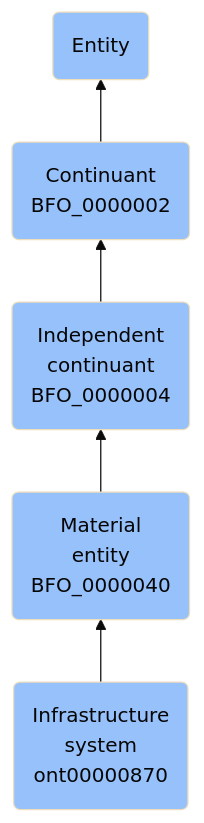
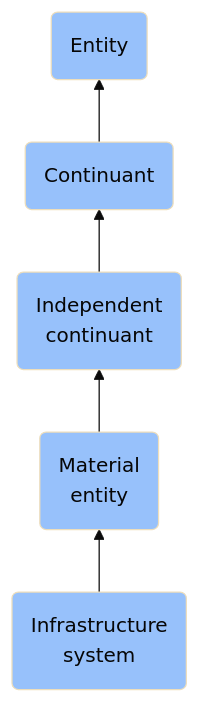
Before and after one commit to jupyter-naas/abi: the diagram in docs/ontology/reference/model/Entity/Continuant/Independent continuant/Material entity/Infrastructure system/Infrastructure system.md, drawn with Mermaid (base theme). The commit also changed other lines of this file and 1430 other files, not shown here.

````diff
--- a/docs/ontology/reference/model/Entity/Continuant/Independent continuant/Material entity/Infrastructure system/Infrastructure system.md
+++ b/docs/ontology/reference/model/Entity/Continuant/Independent continuant/Material entity/Infrastructure system/Infrastructure system.md
@@ -24,12 +24,12 @@
 ```mermaid
 graph BT
-    ont00000870(Infrastructure<br>system<br>ont00000870):::BFO-->BFO_0000040
-    BFO_0000040(Material<br>entity<br>BFO_0000040):::BFO-->BFO_0000004
-    BFO_0000004(Independent<br>continuant<br>BFO_0000004):::BFO-->BFO_0000002
-    BFO_0000002(Continuant<br>BFO_0000002):::BFO-->BFO_0000001
+    ont00000870(Infrastructure<br>system):::BFO-->BFO_0000040
+    BFO_0000040(Material<br>entity):::BFO-->BFO_0000004
+    BFO_0000004(Independent<br>continuant):::BFO-->BFO_0000002
+    BFO_0000002(Continuant):::BFO-->BFO_0000001
     BFO_0000001(Entity):::BFO
     
     classDef BFO fill:#97c1fb,color:#060606
     classDef CCO fill:#e4c51e,color:#060606
     classDef ABI fill:#48DD82,color:#060606
 ```
````
